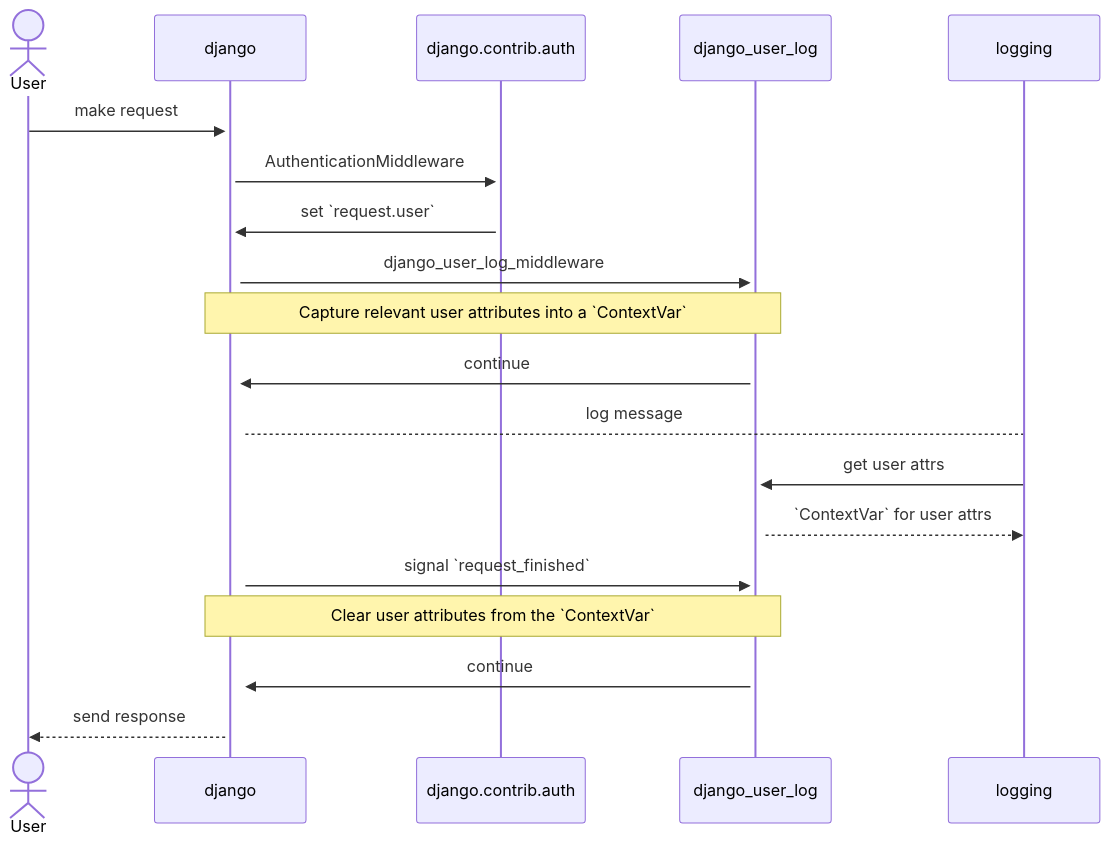
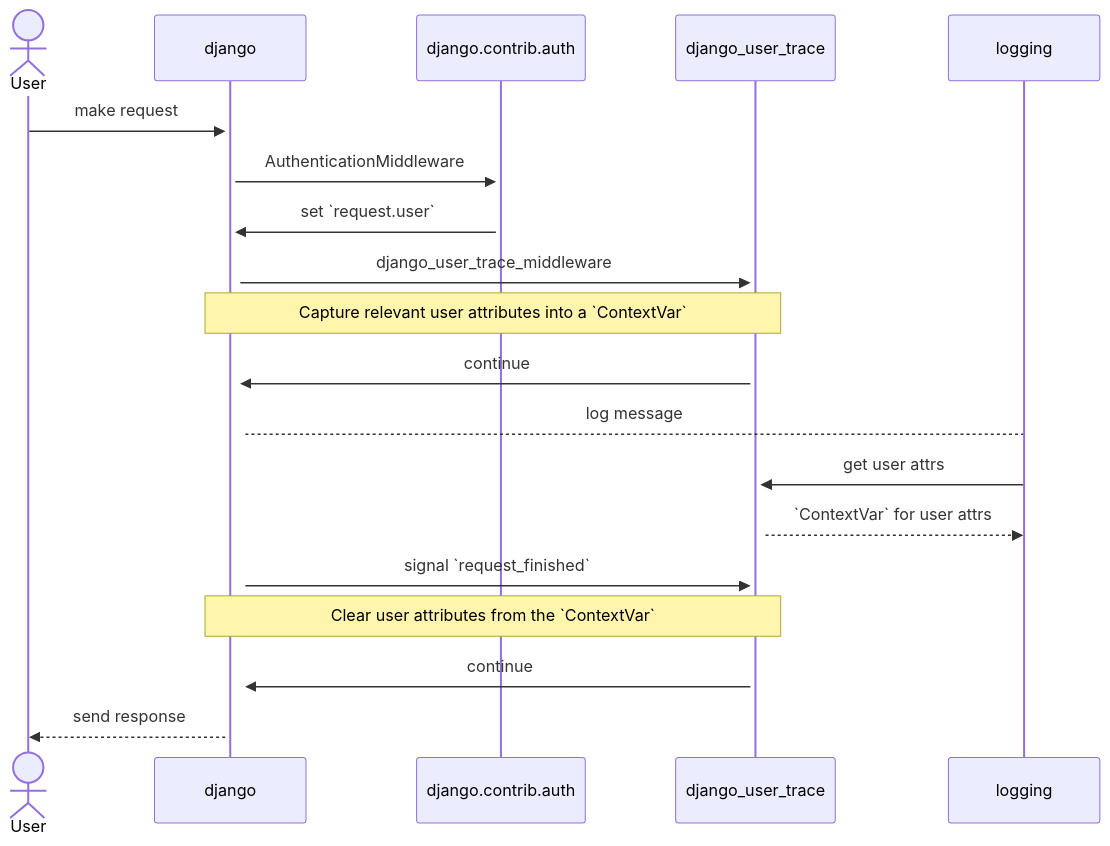
Before and after one commit to axieum/django-user-trace: the diagram in README.md, drawn with Mermaid. The commit also changed other lines of this file and 27 other files, not shown here.

First line of the commit message:
rename project to `django-user-trace`

````diff
--- a/README.md
+++ b/README.md
@@ -23,17 +23,17 @@
 ```mermaid
 sequenceDiagram
     actor User
     User ->>+ django: make request
     django ->>+ django.contrib.auth: AuthenticationMiddleware
     django.contrib.auth ->>+ django: set `request.user`
-    django ->>+ django_user_log: django_user_log_middleware
-    note over django, django_user_log: Capture relevant user attributes into a `ContextVar`
-    django_user_log ->>+ django: continue
+    django ->>+ django_user_trace: django_user_trace_middleware
+    note over django, django_user_trace: Capture relevant user attributes into a `ContextVar`
+    django_user_trace ->>+ django: continue
     django --> logging: log message
-    logging ->>+ django_user_log: get user attrs
-    django_user_log -->> logging: `ContextVar` for user attrs
-    django ->>+ django_user_log: signal `request_finished`
-    note over django, django_user_log: Clear user attributes from the `ContextVar`
-    django_user_log ->>+ django: continue
+    logging ->>+ django_user_trace: get user attrs
+    django_user_trace -->> logging: `ContextVar` for user attrs
+    django ->>+ django_user_trace: signal `request_finished`
+    note over django, django_user_trace: Clear user attributes from the `ContextVar`
+    django_user_trace ->>+ django: continue
     django -->> User: send response
 ```
````
